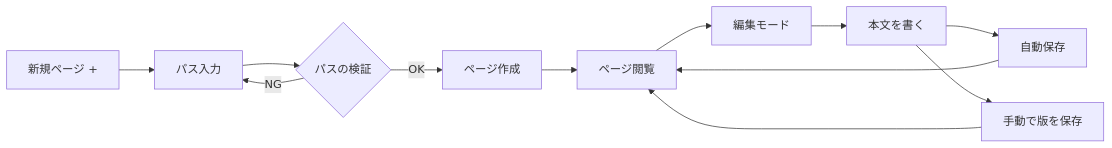
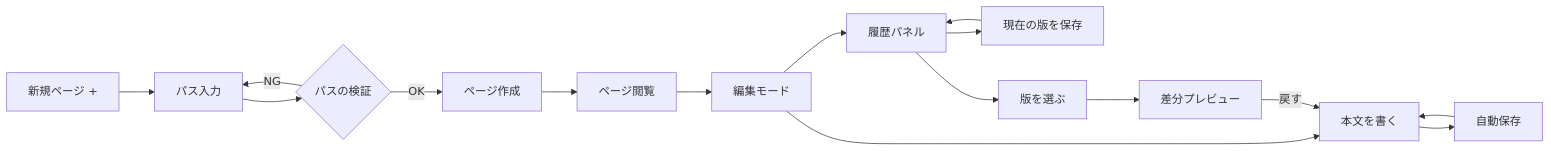
One commit to Zli-UoA/zeee changed the second of 4 diagrams in docs/ia/01-user-operations.md. Above: the diagram before and after it, drawn with Mermaid. The commit also changed other lines of this file and 7 other files, not shown here.

````diff
--- a/docs/ia/01-user-operations.md
+++ b/docs/ia/01-user-operations.md
@@ -64,14 +65,18 @@
 ```mermaid
 flowchart LR
   A[新規ページ +] --> B[パス入力]
   B --> C{パスの検証}
   C -->|OK| D[ページ作成]
   C -->|NG| B
   D --> E[ページ閲覧]
   E --> F[編集モード]
   F --> G[本文を書く]
   G --> H[自動保存]
-  G --> I[手動で版を保存]
-  H --> E
-  I --> E
+  F --> I[履歴パネル]
+  I --> J[現在の版を保存]
+  J --> I
+  H --> G
+  I --> K[版を選ぶ]
+  K --> L[差分プレビュー]
+  L -->|戻す| G
 ```
````
